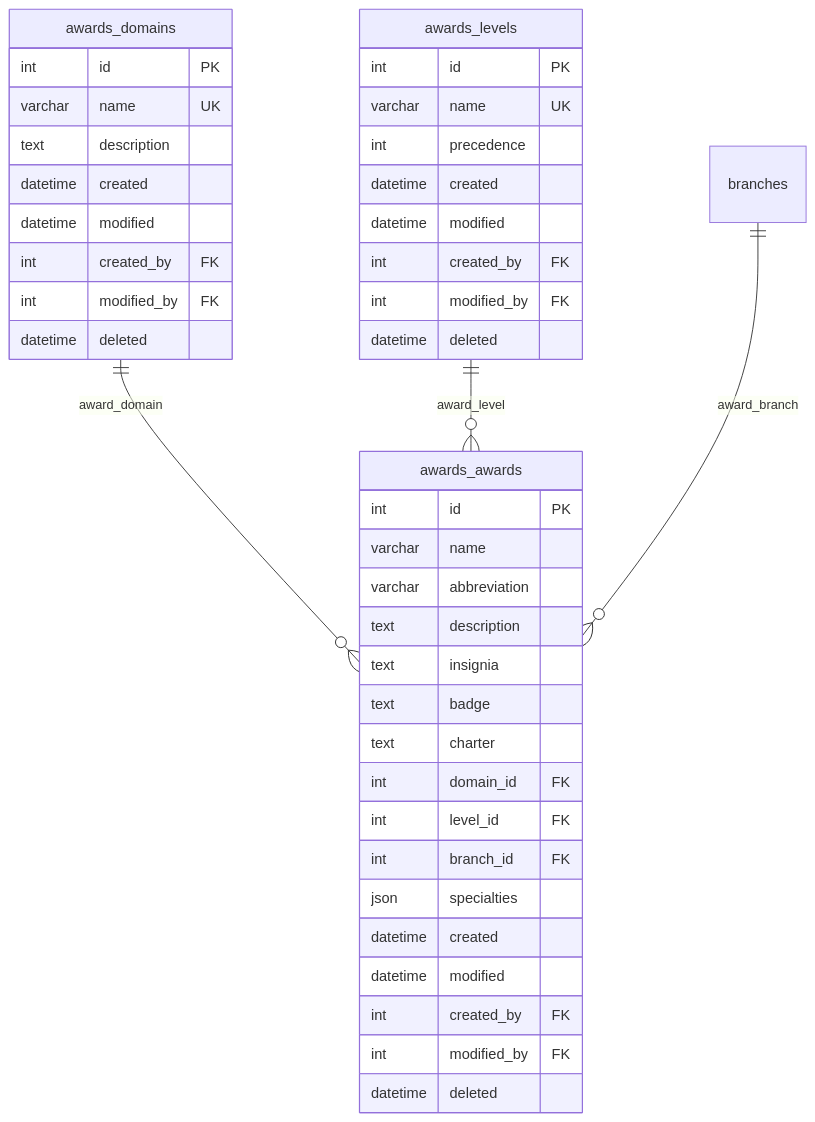
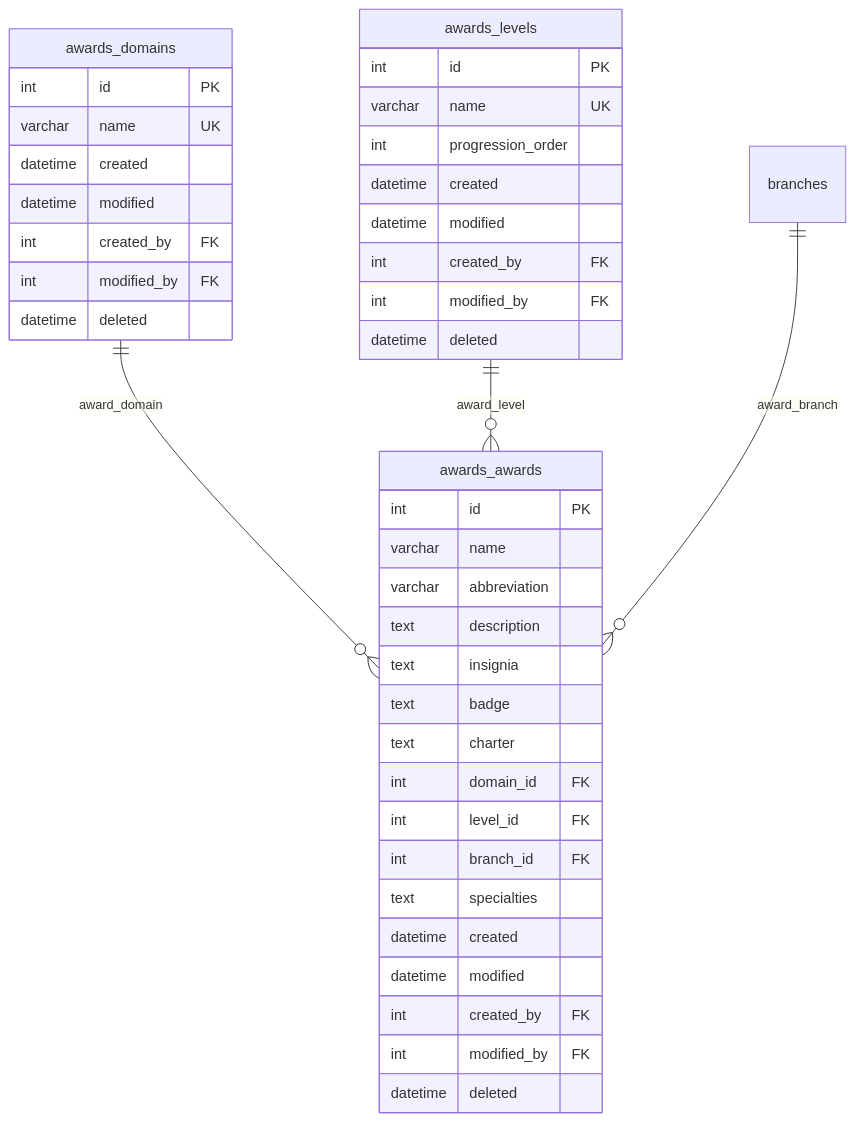
One commit to Ansteorra/KMP changed the sixth of 13 diagrams in docs/3.5-er-diagrams.md. Above: the diagram before and after it, drawn with Mermaid. The commit also changed other lines of this file and 3 other files, not shown here.

Commit message:
Remove database schema documentation and update index for improved organization and clarity

````diff
--- a/docs/3.5-er-diagrams.md
+++ b/docs/3.5-er-diagrams.md
@@ -297,47 +634,46 @@
 ```mermaid
 erDiagram
     awards_domains {
         int id PK
         varchar name UK
-        text description
         datetime created
         datetime modified
         int created_by FK
         int modified_by FK
         datetime deleted
     }
     
     awards_levels {
         int id PK
         varchar name UK
-        int precedence
+        int progression_order
         datetime created
         datetime modified
         int created_by FK
         int modified_by FK
         datetime deleted
     }
     
     awards_awards {
         int id PK
         varchar name
         varchar abbreviation
         text description
         text insignia
         text badge
         text charter
         int domain_id FK
         int level_id FK
         int branch_id FK
-        json specialties
+        text specialties
         datetime created
         datetime modified
         int created_by FK
         int modified_by FK
         datetime deleted
     }
     
     awards_domains ||--o{ awards_awards : "award_domain"
     awards_levels ||--o{ awards_awards : "award_level"
     branches ||--o{ awards_awards : "award_branch"
 ```
````
